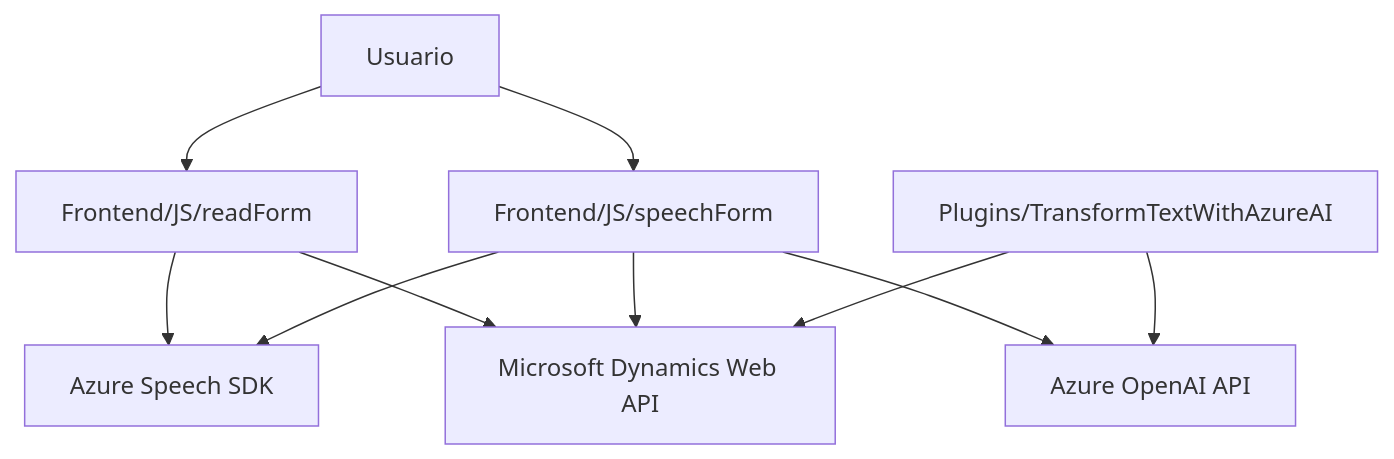
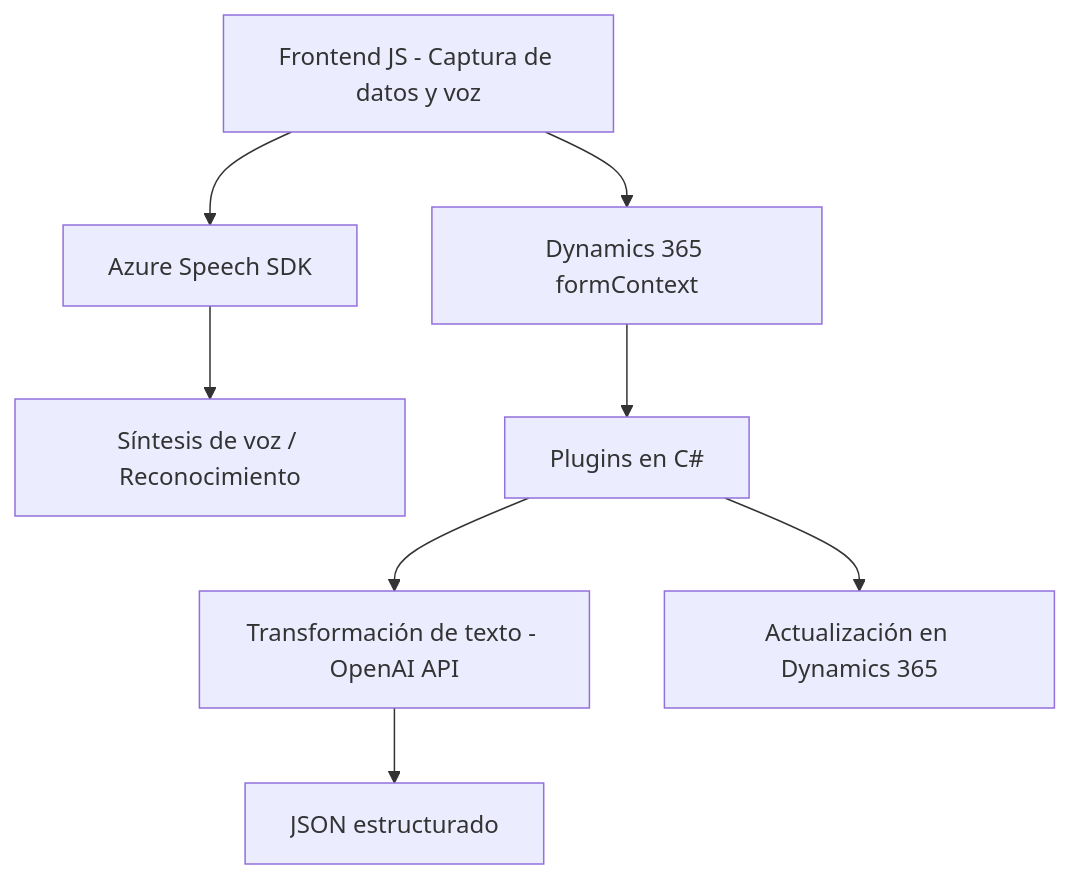
Before and after one commit to blopezdm/NETCORE_BILBAO2025: the diagram in README.md, drawn with Mermaid. The commit also changed other lines of this file, not shown here.

````diff
--- a/README.md
+++ b/README.md
@@ -59,20 +44,10 @@
 ```mermaid
 graph TD
-    A["Usuario"]
-    B["Frontend/JS/readForm"]
-    C["Frontend/JS/speechForm"]
-    D["Plugins/TransformTextWithAzureAI"]
-    E["Azure Speech SDK"]
-    F["Microsoft Dynamics Web API"]
-    G["Azure OpenAI API"]
-
-    A --> B
-    A --> C
-    B --> E
-    C --> E
-    B --> F
-    C --> F
-    C --> G
-    D --> F
-    D --> G
+    A["Frontend JS - Captura de datos y voz"] --> B["Azure Speech SDK"]
+    B --> C["Síntesis de voz / Reconocimiento"]
+    A --> D["Dynamics 365 formContext"]
+    D --> E["Plugins en C#"]
+    E --> F["Transformación de texto - OpenAI API"]
+    F --> G["JSON estructurado"]
+    E --> H["Actualización en Dynamics 365"]
 ```
````
